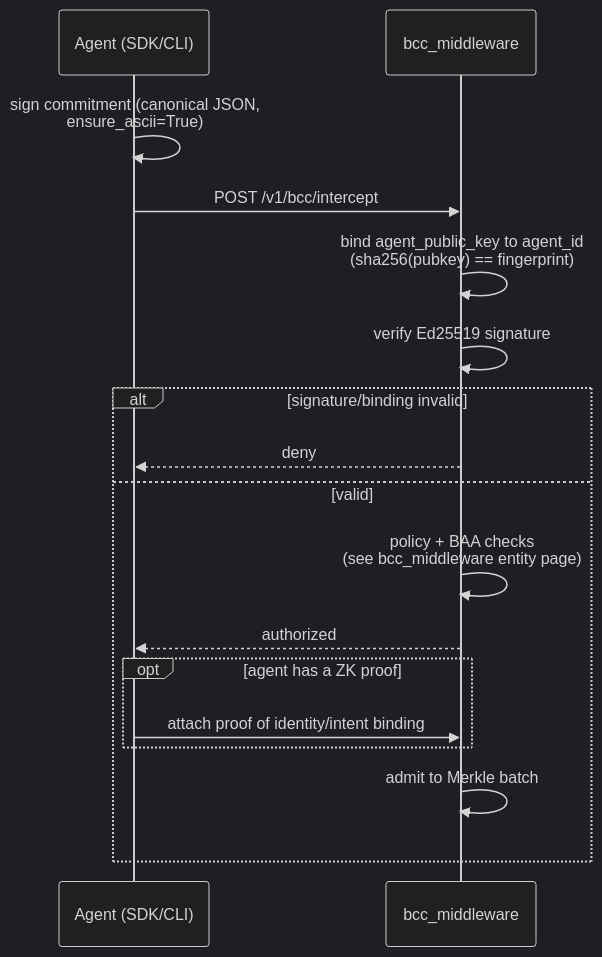
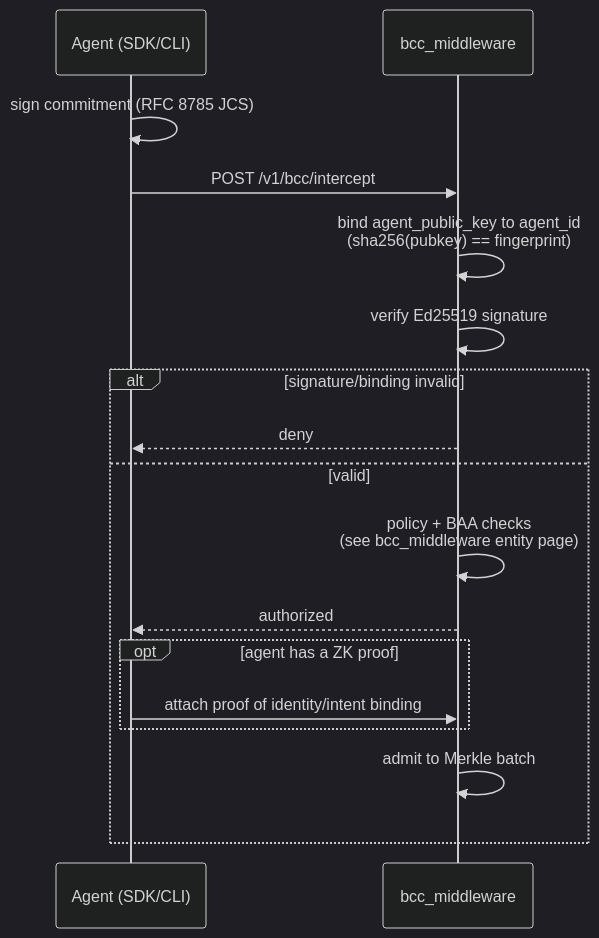
One commit to XibalbaTechSol/integrity-core changed the diagram in docs/wiki/concepts/bcc.md. Above: the diagram before and after it, drawn with Mermaid (dark theme). The commit also changed other lines of this file and 141 other files, not shown here.

````diff
--- a/docs/wiki/concepts/bcc.md
+++ b/docs/wiki/concepts/bcc.md
@@ -83,19 +83,19 @@
 ```mermaid
 sequenceDiagram
     participant Agent as Agent (SDK/CLI)
     participant MW as bcc_middleware
-    Agent->>Agent: sign commitment (canonical JSON,<br/>ensure_ascii=True)
+    Agent->>Agent: sign commitment (RFC 8785 JCS)
     Agent->>MW: POST /v1/bcc/intercept
     MW->>MW: bind agent_public_key to agent_id<br/>(sha256(pubkey) == fingerprint)
     MW->>MW: verify Ed25519 signature
     alt signature/binding invalid
         MW-->>Agent: deny
     else valid
         MW->>MW: policy + BAA checks<br/>(see bcc_middleware entity page)
         MW-->>Agent: authorized
         opt agent has a ZK proof
             Agent->>MW: attach proof of identity/intent binding
         end
         MW->>MW: admit to Merkle batch
     end
 ```
````
